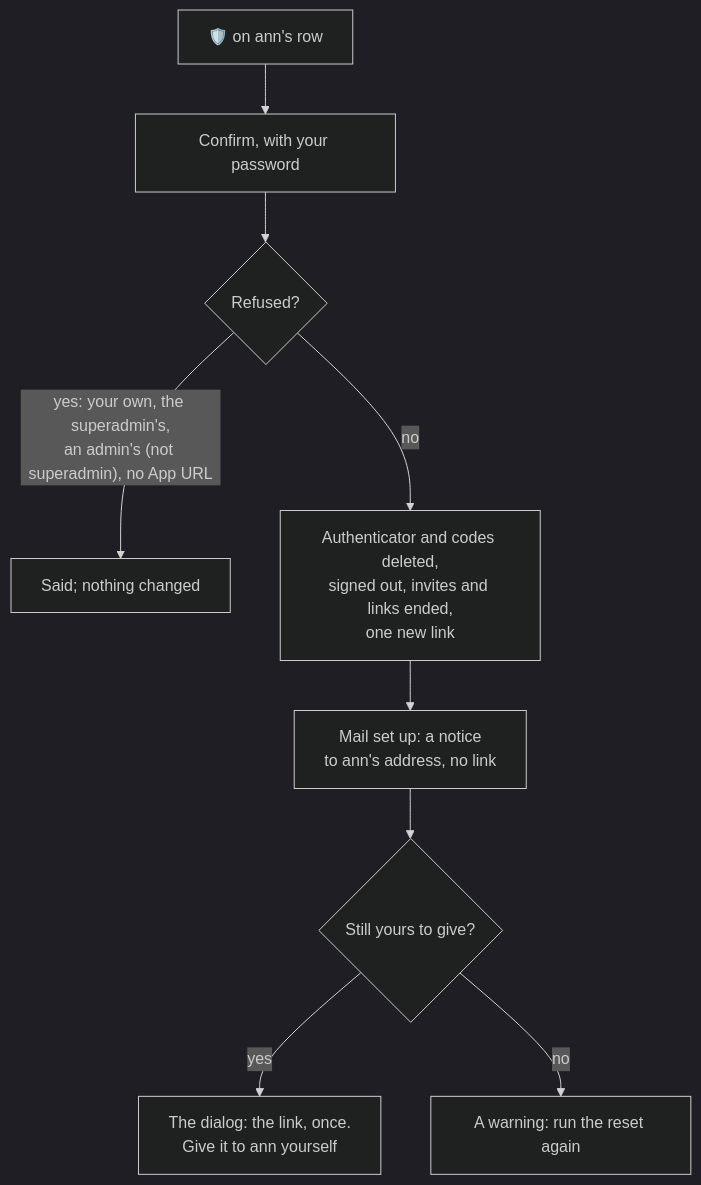
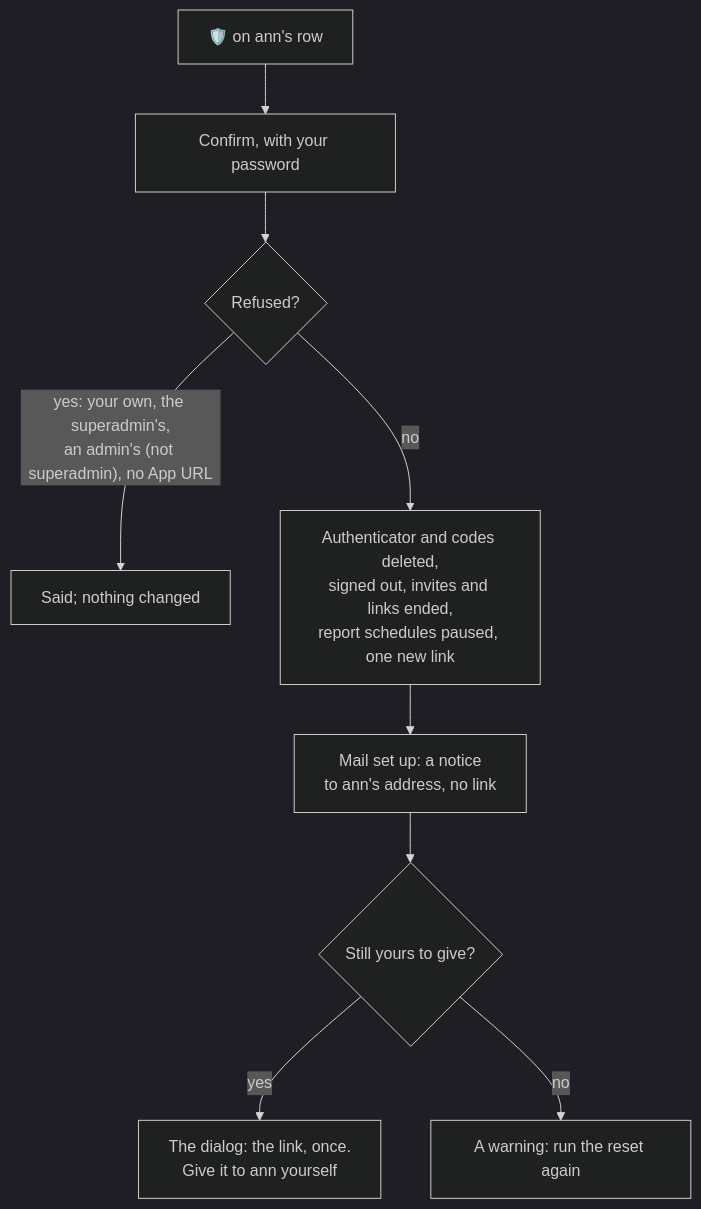
Before and after one commit to gitBoon/DumpFire: the sixth of 22 diagrams in docs/admin-guide.md, drawn with Mermaid (dark theme). The commit also changed other lines of this file and 34 other files, not shown here.

````diff
--- a/docs/admin-guide.md
+++ b/docs/admin-guide.md
@@ -355,11 +357,11 @@
 ```mermaid
 flowchart TD
     Press["🛡️ on ann's row"] --> Ask["Confirm, with your password"]
     Ask --> Refused{"Refused?"}
     Refused -->|"yes: your own, the superadmin's,<br/>an admin's (not superadmin), no App URL"| Nothing["Said; nothing changed"]
-    Refused -->|"no"| Reset["Authenticator and codes deleted,<br/>signed out, invites and links ended,<br/>one new link"]
+    Refused -->|"no"| Reset["Authenticator and codes deleted,<br/>signed out, invites and links ended,<br/>report schedules paused, one new link"]
     Reset --> Notice["Mail set up: a notice<br/>to ann's address, no link"]
     Notice --> Still{"Still yours to give?"}
     Still -->|"yes"| Dialog["The dialog: the link, once.<br/>Give it to ann yourself"]
     Still -->|"no"| Warn["A warning: run the reset again"]
 ```
````
